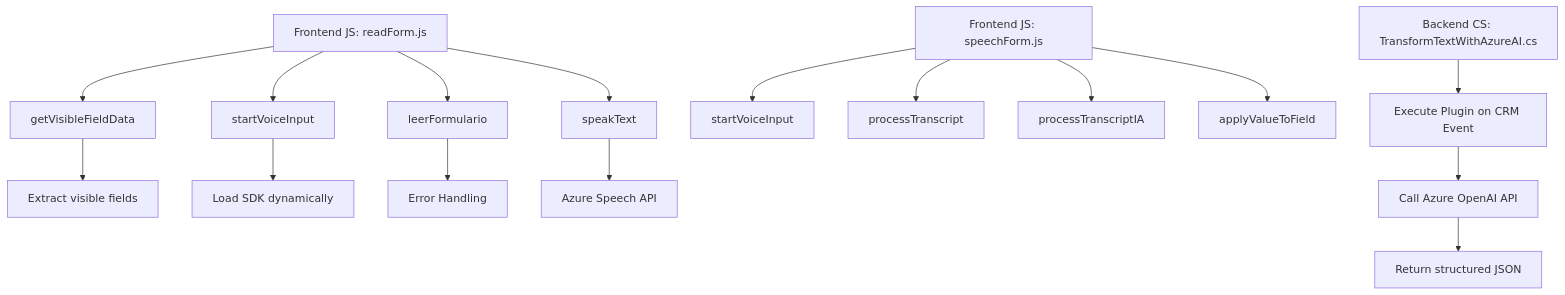
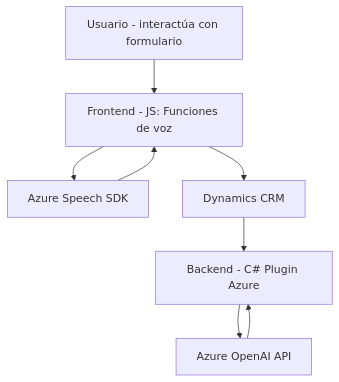
The diagram in README.md (blopezdm/NETCORE_BILBAO2025), drawn with Mermaid before and after one commit. The commit also changed other lines of this file, not shown here.

Commit message:
Actualizar análisis global de la solución con IA

````diff
--- a/README.md
+++ b/README.md
@@ -61,20 +53,17 @@
 ```mermaid
 graph TD
-    A["Frontend JS: readForm.js"] --> B["getVisibleFieldData"]
-    A["Frontend JS: readForm.js"] --> C["startVoiceInput"]
-    A["Frontend JS: readForm.js"] --> D["leerFormulario"]
-    A["Frontend JS: readForm.js"] --> E["speakText"]
-    B --> F["Extract visible fields"]
-    C --> G["Load SDK dynamically"]
-    D --> H["Error Handling"]
-    E --> I["Azure Speech API"]
+    A["Frontend - JS: Funciones de voz"]
+    B["Backend - C# Plugin Azure"]
+    C["Azure Speech SDK"]
+    D["Azure OpenAI API"]
+    E["Dynamics CRM"]
+    F["Usuario - interactúa con formulario"]
 
-    J["Frontend JS: speechForm.js"] --> K["startVoiceInput"]
-    J["Frontend JS: speechForm.js"] --> L["processTranscript"]
-    J["Frontend JS: speechForm.js"] --> M["processTranscriptIA"]
-    J["Frontend JS: speechForm.js"] --> N["applyValueToField"]
-
-    O["Backend CS: TransformTextWithAzureAI.cs"] --> P["Execute Plugin on CRM Event"]
-    P --> Q["Call Azure OpenAI API"]
-    Q --> R["Return structured JSON"]
+    F --> A
+    A --> C
+    A --> E
+    C --> A
+    E --> B
+    B --> D
+    D --> B
 ```
````
